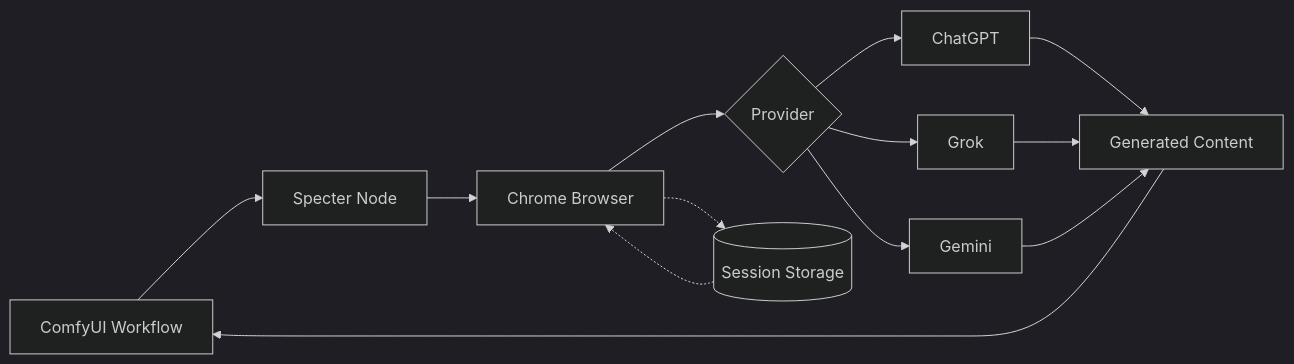
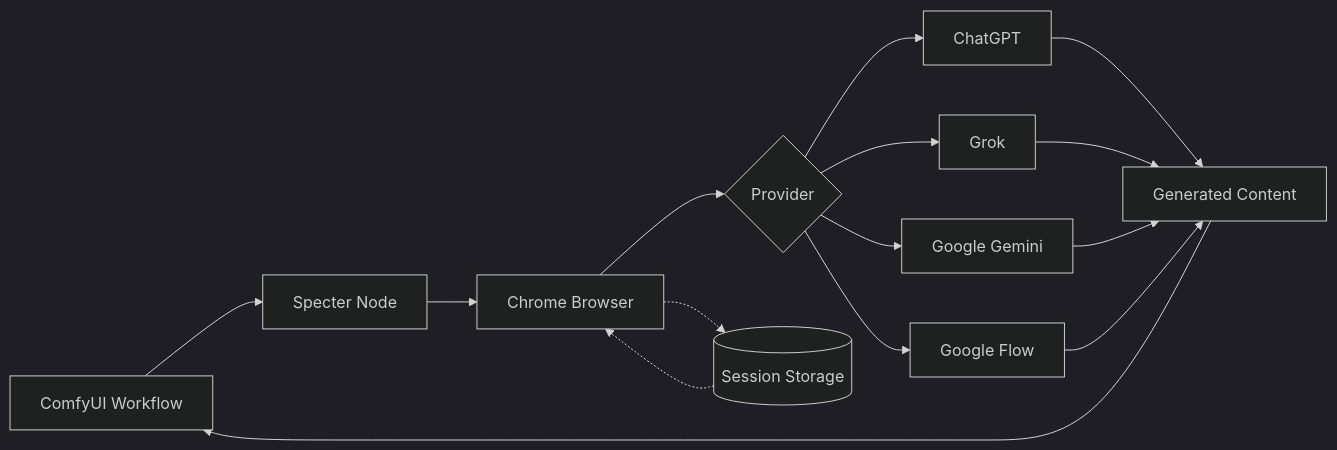
Before and after one commit to lars-hagen/ComfyUI-Specter: the diagram in README.md, drawn with Mermaid (dark theme). The commit also changed other lines of this file and 44 other files, not shown here.

Commit message:
feat: add Google Flow providers and update documentation

````diff
--- a/README.md
+++ b/README.md
@@ -17,16 +18,18 @@
 ```mermaid
 flowchart LR
     A[ComfyUI Workflow] --> B[Specter Node]
     B --> C[Chrome Browser]
     C --> D{Provider}
     D --> E[ChatGPT]
     D --> F[Grok]
-    D --> G[Gemini]
+    D --> G[Google Gemini]
+    D --> K[Google Flow]
     E --> H[Generated Content]
     F --> H
     G --> H
+    K --> H
     H --> A
 
     C -.-> I[(Session Storage)]
     I -.-> C
 ```
````
